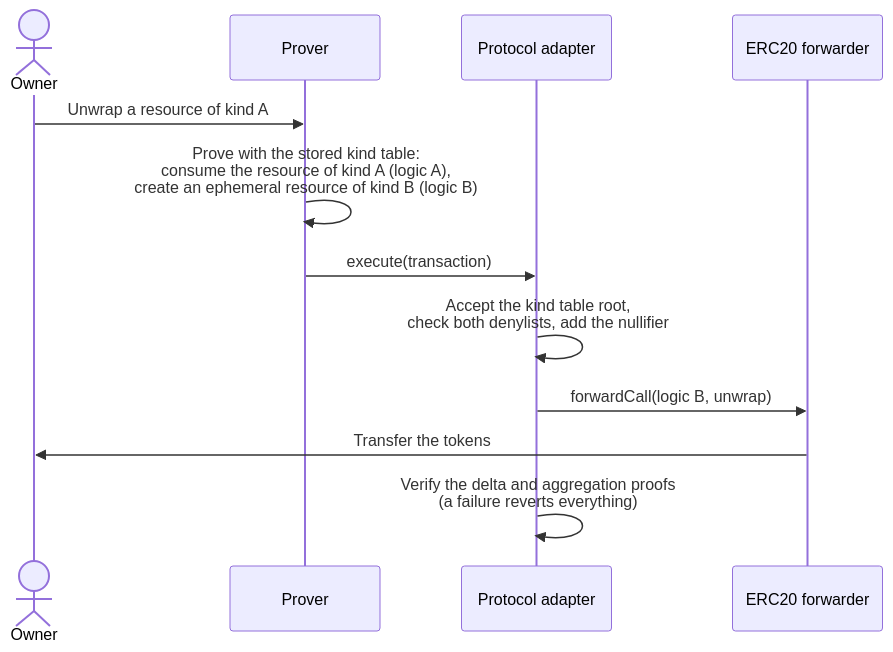
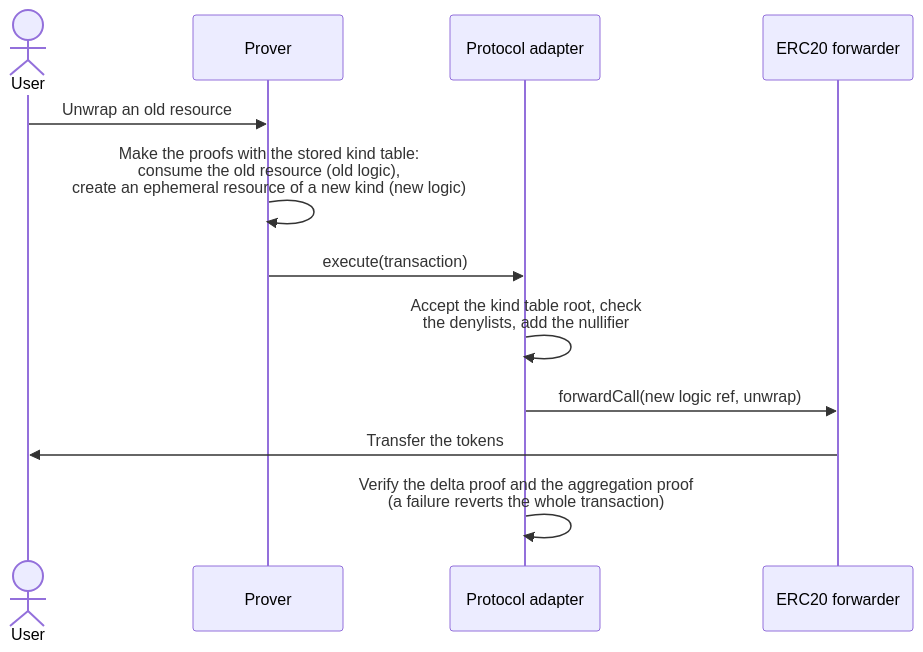
One commit to anoma/pa-evm changed the diagram in docs/03-resource-kind-migration.md. Above: the diagram before and after it, drawn with Mermaid. The commit also changed other lines of this file and 5 other files, not shown here.

````diff
--- a/docs/03-resource-kind-migration.md
+++ b/docs/03-resource-kind-migration.md
@@ -51,15 +52,15 @@
 ```mermaid
 sequenceDiagram
-    actor Owner
+    actor User
     participant Prover
     participant PA as Protocol adapter
     participant Fwd as ERC20 forwarder
 
-    Owner->>Prover: Unwrap a resource of kind A
-    Prover->>Prover: Prove with the stored kind table:<br/>consume the resource of kind A (logic A),<br/>create an ephemeral resource of kind B (logic B)
+    User->>Prover: Unwrap an old resource
+    Prover->>Prover: Make the proofs with the stored kind table:<br/>consume the old resource (old logic),<br/>create an ephemeral resource of a new kind (new logic)
     Prover->>PA: execute(transaction)
-    PA->>PA: Accept the kind table root,<br/>check both denylists, add the nullifier
-    PA->>Fwd: forwardCall(logic B, unwrap)
-    Fwd->>Owner: Transfer the tokens
-    PA->>PA: Verify the delta and aggregation proofs<br/>(a failure reverts everything)
+    PA->>PA: Accept the kind table root, check<br/>the denylists, add the nullifier
+    PA->>Fwd: forwardCall(new logic ref, unwrap)
+    Fwd->>User: Transfer the tokens
+    PA->>PA: Verify the delta proof and the aggregation proof<br/>(a failure reverts the whole transaction)
 ```
````
